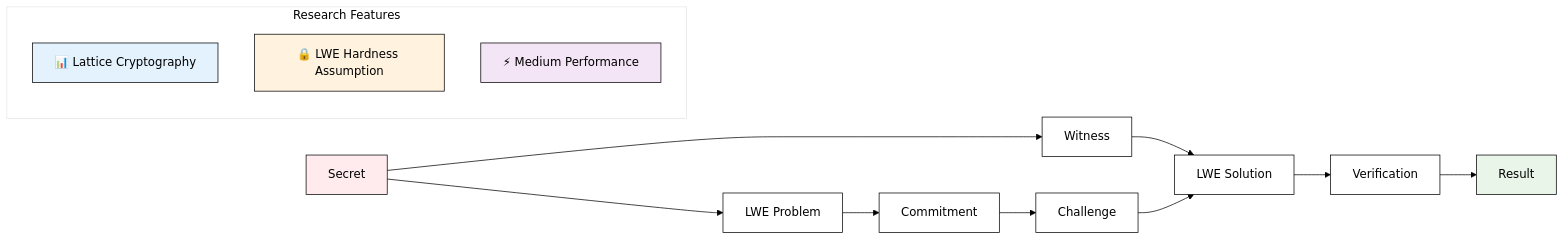
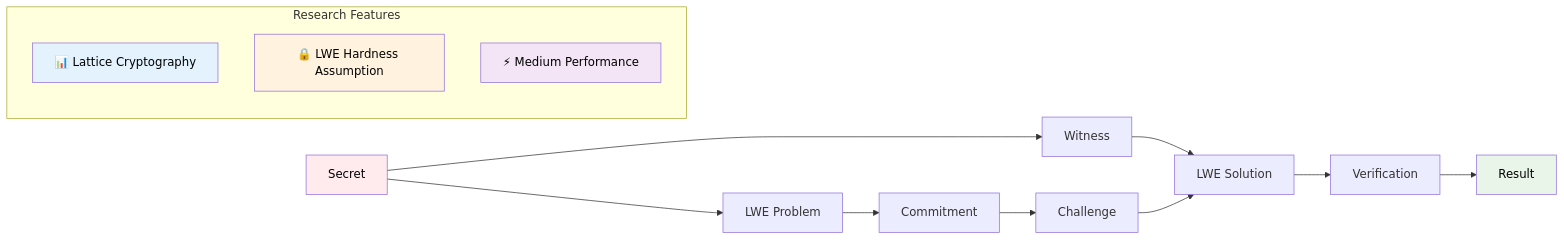
One commit to NeaByteLab/Quantum-ZKP changed the fifth of 7 diagrams in README.md. Above: the diagram before and after it, drawn with Mermaid. The commit also changed other lines of this file, not shown here.

Commit message:
docs(readme): improve section separation and fix mermaid theme :art:

````diff
--- a/README.md
+++ b/README.md
@@ -218,26 +222,25 @@
 ```mermaid
-%%{init: {'theme': 'base', 'themeVariables': { 'primaryColor': '#ffffff', 'primaryTextColor': '#000000', 'primaryBorderColor': '#000000', 'lineColor': '#000000', 'secondaryColor': '#f8f9fa', 'tertiaryColor': '#ffffff'}}}%%
 flowchart LR
     A[Secret] --> B[LWE Problem]
     B --> C[Commitment]
     C --> D[Challenge]
     
     A --> E[Witness]
     E --> F[LWE Solution]
     F --> G[Verification]
     G --> H[Result]
     
     D --> F
     
     subgraph "Research Features"
         I[📊 Lattice Cryptography]
         J[🔒 LWE Hardness Assumption]
         K[⚡ Medium Performance]
     end
     
     style A fill:#ffebee,color:#000000
     style H fill:#e8f5e8,color:#000000
     style I fill:#e3f2fd,color:#000000
     style J fill:#fff3e0,color:#000000
     style K fill:#f3e5f5,color:#000000
 ```
````
